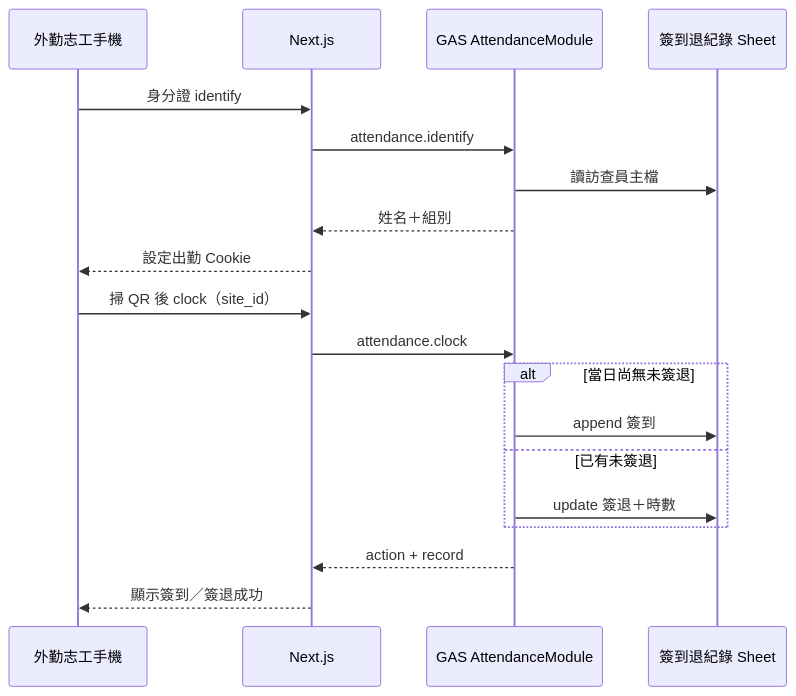
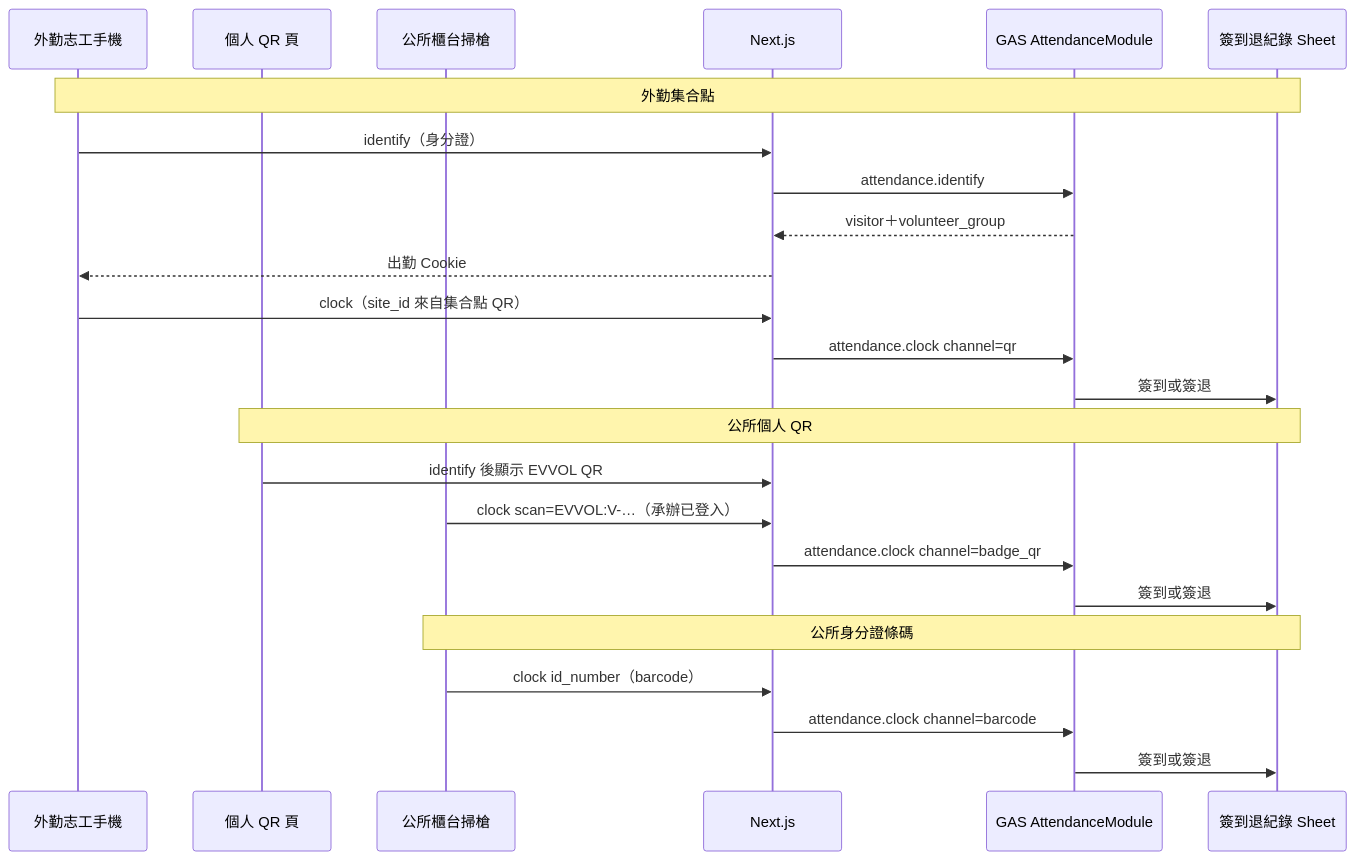
One commit to yongheelderly0826-design/Elder-Visit-Platform changed the seventh of 13 diagrams in docs/system-architecture.md. Above: the diagram before and after it, drawn with Mermaid. The commit also changed other lines of this file and 4 other files, not shown here.

First line of the commit message:
Document dual attendance flows in architecture diagrams.

````diff
--- a/docs/system-architecture.md
+++ b/docs/system-architecture.md
@@ -176,22 +195,29 @@
 ```mermaid
 sequenceDiagram
   participant V as 外勤志工手機
+  participant B as 個人 QR 頁
+  participant K as 公所櫃台掃槍
   participant N as Next.js
   participant G as GAS AttendanceModule
   participant S as 簽到退紀錄 Sheet
 
-  V->>N: 身分證 identify
+  Note over V,S: 外勤集合點
+  V->>N: identify（身分證）
   N->>G: attendance.identify
-  G->>S: 讀訪查員主檔
-  G-->>N: 姓名＋組別
-  N-->>V: 設定出勤 Cookie
-  V->>N: 掃 QR 後 clock（site_id）
-  N->>G: attendance.clock
-  alt 當日尚無未簽退
-    G->>S: append 簽到
-  else 已有未簽退
-    G->>S: update 簽退＋時數
-  end
-  G-->>N: action + record
-  N-->>V: 顯示簽到／簽退成功
+  G-->>N: visitor＋volunteer_group
+  N-->>V: 出勤 Cookie
+  V->>N: clock（site_id 來自集合點 QR）
+  N->>G: attendance.clock channel=qr
+  G->>S: 簽到或簽退
+
+  Note over B,S: 公所個人 QR
+  B->>N: identify 後顯示 EVVOL QR
+  K->>N: clock scan=EVVOL:V-…（承辦已登入）
+  N->>G: attendance.clock channel=badge_qr
+  G->>S: 簽到或簽退
+
+  Note over K,S: 公所身分證條碼
+  K->>N: clock id_number（barcode）
+  N->>G: attendance.clock channel=barcode
+  G->>S: 簽到或簽退
 ```
````
